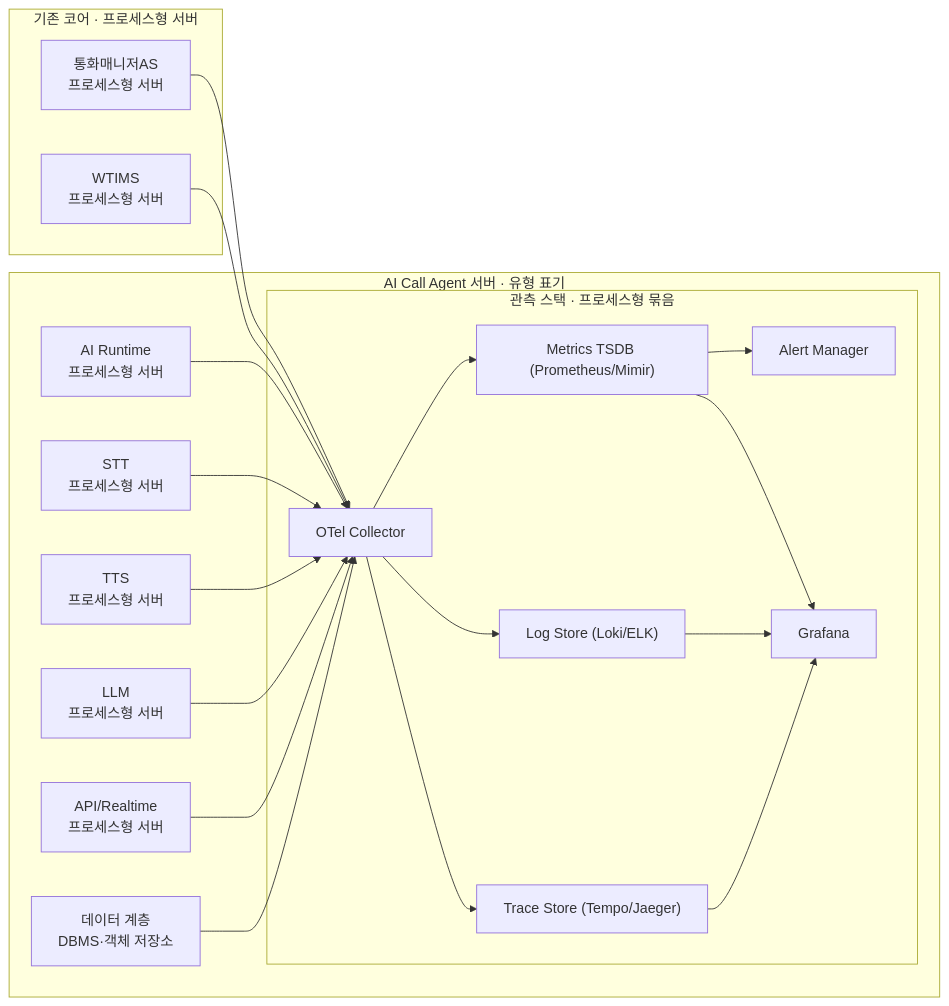
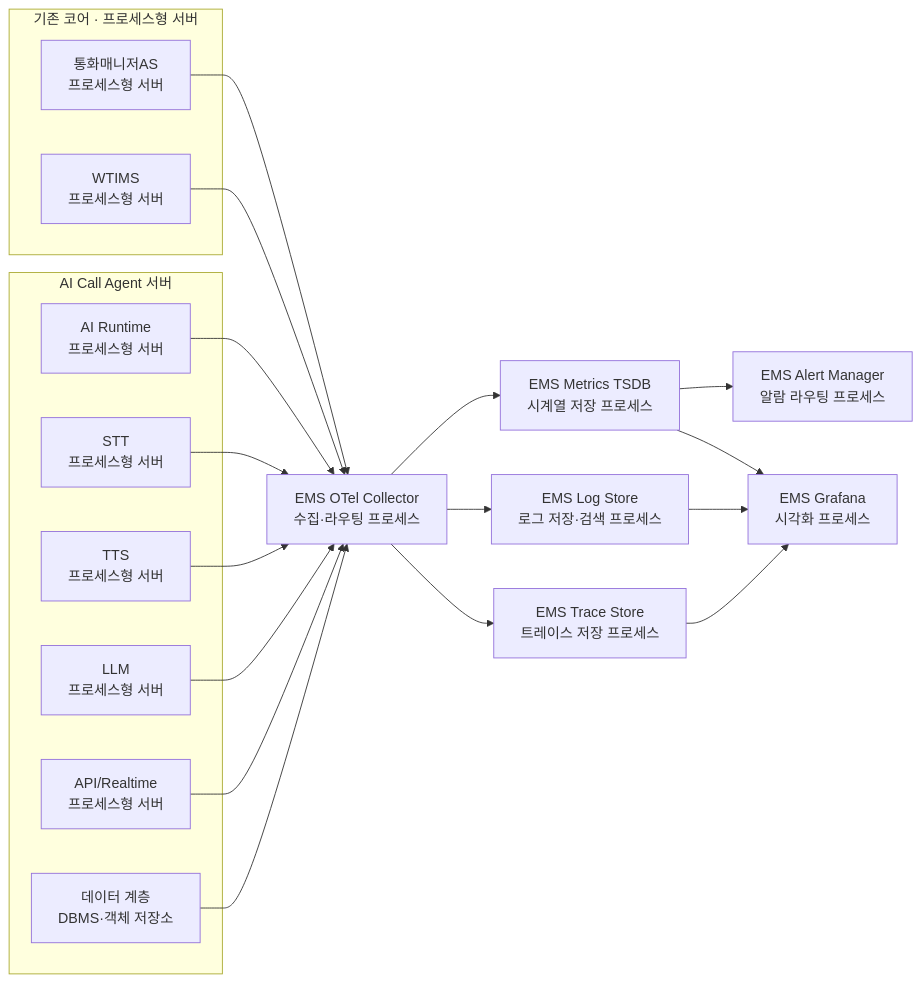
The fourth of 4 diagrams in docs/architecture/production-deployment-architecture.md (hak023/agentic_ai_callbot), drawn with Mermaid before and after one commit. The commit also changed other lines of this file, not shown here.

Commit message:
docs(architecture): sip-pbx production-deployment-architecture 동기화 (통화매니저 API·PC Client·AI API/Realtime)

````diff
--- a/docs/architecture/production-deployment-architecture.md
+++ b/docs/architecture/production-deployment-architecture.md
@@ -595,41 +693,40 @@
 ```mermaid
 flowchart LR
     subgraph CORE["기존 코어 · 프로세스형 서버"]
       CM["통화매니저AS<br/>프로세스형 서버"]
       WT["WTIMS<br/>프로세스형 서버"]
     end
 
-    subgraph ACA["AI Call Agent 서버 · 유형 표기"]
+    subgraph ACA["AI Call Agent 서버"]
       AIR["AI Runtime<br/>프로세스형 서버"]
       STT["STT<br/>프로세스형 서버"]
       TTS["TTS<br/>프로세스형 서버"]
       LLM["LLM<br/>프로세스형 서버"]
       API["API/Realtime<br/>프로세스형 서버"]
       DB["데이터 계층<br/>DBMS·객체 저장소"]
-      subgraph OBS["관측 스택 · 프로세스형 묶음"]
-        OTL["OTel Collector"]
-        MTS["Metrics TSDB (Prometheus/Mimir)"]
-        LOG["Log Store (Loki/ELK)"]
-        TRC["Trace Store (Tempo/Jaeger)"]
-        ALR["Alert Manager"]
-        GRA["Grafana"]
-      end
     end
+
+    OTL["EMS OTel Collector<br/>수집·라우팅 프로세스"]
+    MTS["EMS Metrics TSDB<br/>시계열 저장 프로세스"]
+    LOG["EMS Log Store<br/>로그 저장·검색 프로세스"]
+    TRC["EMS Trace Store<br/>트레이스 저장 프로세스"]
+    ALR["EMS Alert Manager<br/>알람 라우팅 프로세스"]
+    GRA["EMS Grafana<br/>시각화 프로세스"]
 
     CM --> OTL
     WT --> OTL
     AIR --> OTL
     STT --> OTL
     TTS --> OTL
     LLM --> OTL
     API --> OTL
     DB --> OTL
 
     OTL --> MTS
     OTL --> LOG
     OTL --> TRC
     MTS --> ALR
     LOG --> GRA
     TRC --> GRA
     MTS --> GRA
 ```
````
